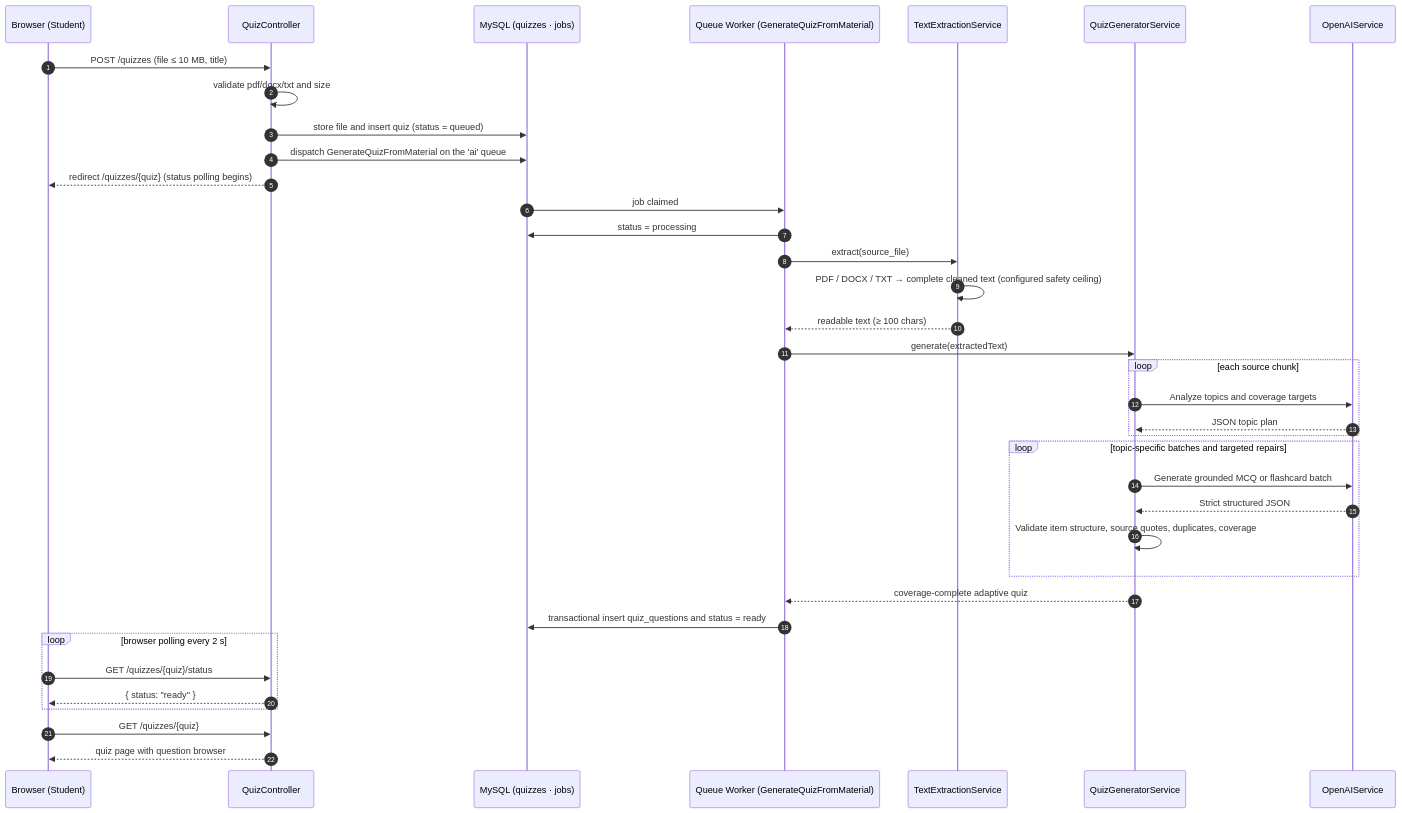
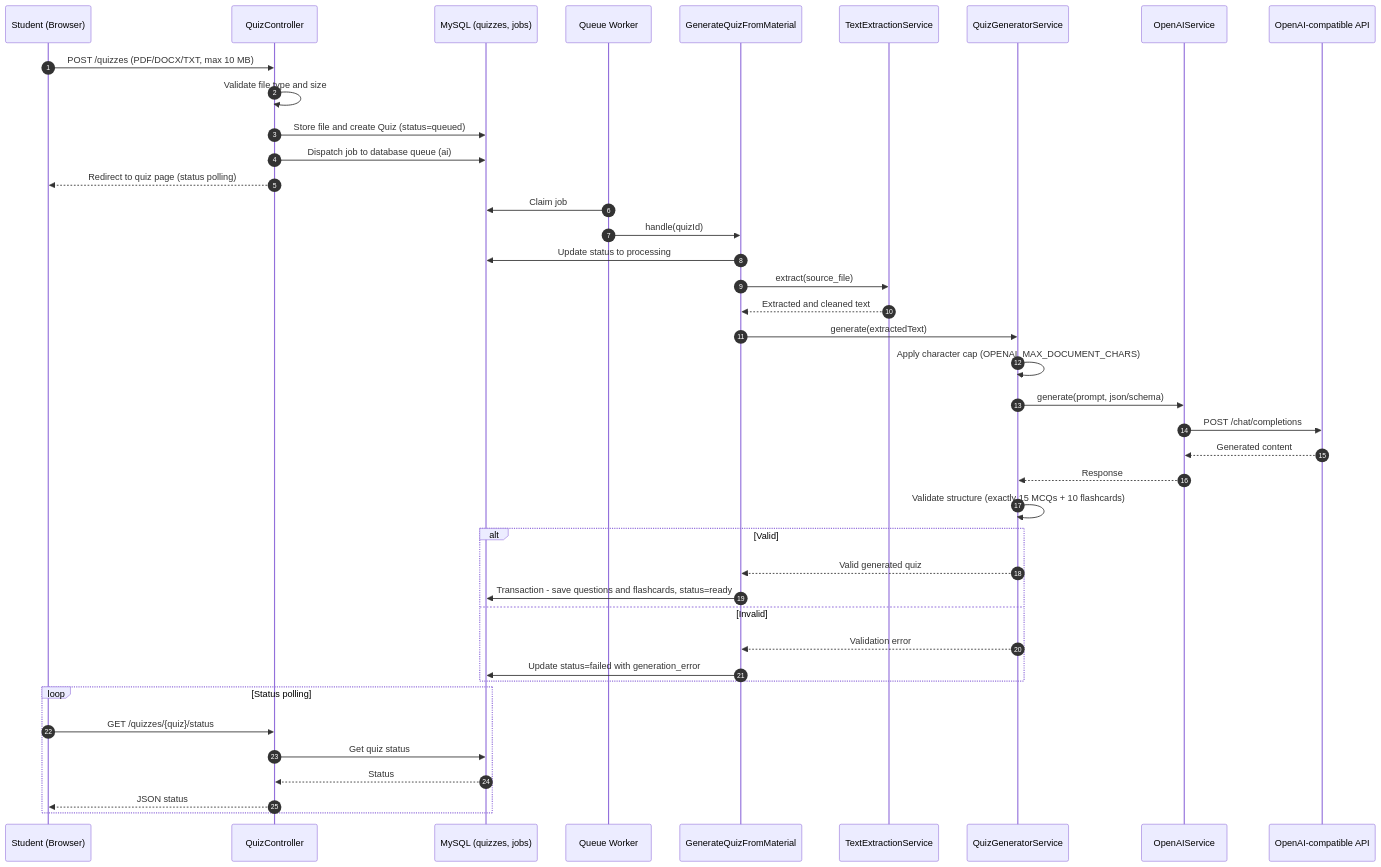
Before and after one commit to natsuck/aguhonai: the diagram in docs/thesis-diagrams/14-sequence-quiz-generation.md, drawn with Mermaid. The commit also changed other lines of this file and 20 other files, not shown here.

Commit message:
added diagrams

````diff
--- a/docs/thesis-diagrams/14-sequence-quiz-generation.md
+++ b/docs/thesis-diagrams/14-sequence-quiz-generation.md
@@ -3,40 +3,46 @@
 ```mermaid
 sequenceDiagram
     autonumber
-    participant B as Browser (Student)
+    participant S as Student (Browser)
     participant QC as QuizController
-    participant Q as MySQL (quizzes · jobs)
-    participant W as Queue Worker (GenerateQuizFromMaterial)
+    participant DB as MySQL (quizzes, jobs)
+    participant QW as Queue Worker
+    participant J as GenerateQuizFromMaterial
     participant TE as TextExtractionService
     participant QG as QuizGeneratorService
-    participant OL as OpenAIService
+    participant OAI as OpenAIService
+    participant API as OpenAI-compatible API
 
-    B->>QC: POST /quizzes (file ≤ 10 MB, title)
-    QC->>QC: validate pdf/docx/txt and size
-    QC->>Q: store file and insert quiz (status = queued)
-    QC->>Q: dispatch GenerateQuizFromMaterial on the 'ai' queue
-    QC-->>B: redirect /quizzes/{quiz} (status polling begins)
-    Q->>W: job claimed
-    W->>Q: status = processing
-    W->>TE: extract(source_file)
-    TE->>TE: PDF / DOCX / TXT → complete cleaned text (configured safety ceiling)
-    TE-->>W: readable text (≥ 100 chars)
-    W->>QG: generate(extractedText)
-    loop each source chunk
-        QG->>OL: Analyze topics and coverage targets
-        OL-->>QG: JSON topic plan
+    S->>QC: POST /quizzes (PDF/DOCX/TXT, max 10 MB)
+    QC->>QC: Validate file type and size
+    QC->>DB: Store file and create Quiz (status=queued)
+    QC->>DB: Dispatch job to database queue (ai)
+    QC-->>S: Redirect to quiz page (status polling)
+
+    QW->>DB: Claim job
+    QW->>J: handle(quizId)
+    J->>DB: Update status to processing
+    J->>TE: extract(source_file)
+    TE-->>J: Extracted and cleaned text
+    J->>QG: generate(extractedText)
+    QG->>QG: Apply character cap (OPENAI_MAX_DOCUMENT_CHARS)
+    QG->>OAI: generate(prompt, json/schema)
+    OAI->>API: POST /chat/completions
+    API-->>OAI: Generated content
+    OAI-->>QG: Response
+    QG->>QG: Validate structure (exactly 15 MCQs + 10 flashcards)
+    alt Valid
+        QG-->>J: Valid generated quiz
+        J->>DB: Transaction - save questions and flashcards, status=ready
+    else Invalid
+        QG-->>J: Validation error
+        J->>DB: Update status=failed with generation_error
     end
-    loop topic-specific batches and targeted repairs
-        QG->>OL: Generate grounded MCQ or flashcard batch
-        OL-->>QG: Strict structured JSON
-        QG->>QG: Validate item structure, source quotes, duplicates, coverage
+
+    loop Status polling
+        S->>QC: GET /quizzes/{quiz}/status
+        QC->>DB: Get quiz status
+        DB-->>QC: Status
+        QC-->>S: JSON status
     end
-    QG-->>W: coverage-complete adaptive quiz
-    W->>Q: transactional insert quiz_questions and status = ready
-    loop browser polling every 2 s
-        B->>QC: GET /quizzes/{quiz}/status
-        QC-->>B: { status: "ready" }
-    end
-    B->>QC: GET /quizzes/{quiz}
-    QC-->>B: quiz page with question browser
 ```
````
